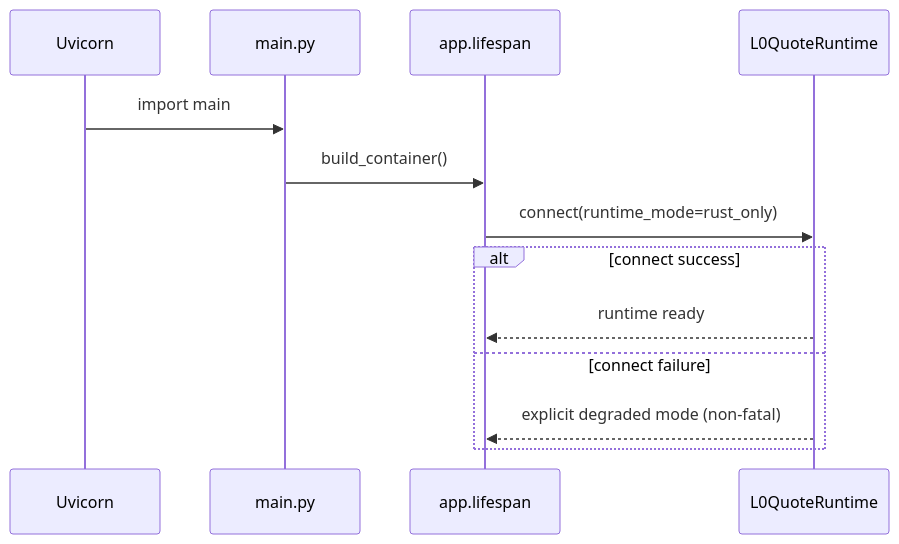
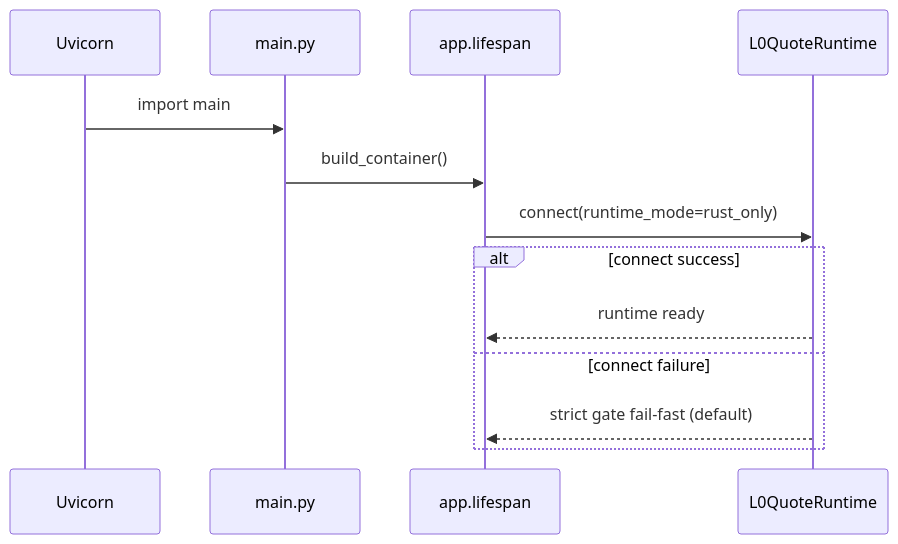
The second of 2 diagrams in docs/SOP/SYSTEM_OVERVIEW.md (Skioleeya/option_trading), drawn with Mermaid before and after one commit. The commit also changed other lines of this file and 13 other files, not shown here.

Commit message:
feat(l0): prioritize longport endpoint and add strict startup connectivity gate

````diff
--- a/docs/SOP/SYSTEM_OVERVIEW.md
+++ b/docs/SOP/SYSTEM_OVERVIEW.md
@@ -126,16 +126,16 @@
 ```mermaid
 sequenceDiagram
   participant U as Uvicorn
   participant M as main.py
   participant A as app.lifespan
   participant G as L0QuoteRuntime
 
   U->>M: import main
   M->>A: build_container()
   A->>G: connect(runtime_mode=rust_only)
   alt connect success
     G-->>A: runtime ready
   else connect failure
-    G-->>A: explicit degraded mode (non-fatal)
+    G-->>A: strict gate fail-fast (default)
   end
 ```
````
